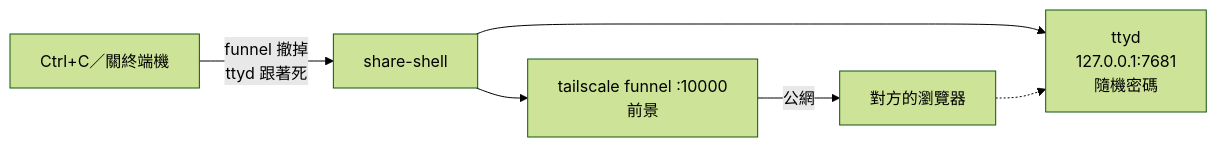
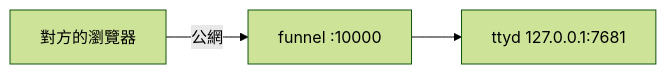
Before and after one commit to henry5720/dotfiles: the diagram in docs/share-with-guest.md, drawn with Mermaid (forest theme). The commit also changed other lines of this file and 2 other files, not shown here.

First line of the commit message:
docs: 照 #84 的表改 README、share-with-guest、ai-agent-setup 的圖

````diff
--- a/docs/share-with-guest.md
+++ b/docs/share-with-guest.md
@@ -65,8 +47,4 @@
 ```mermaid
 flowchart LR
-  S["share-shell"] --> T["ttyd<br/>127.0.0.1:7681<br/>隨機密碼"]
-  S --> F["tailscale funnel :10000<br/>前景"]
-  F -- 公網 --> G["對方的瀏覽器"]
-  G -.-> T
-  X["Ctrl+C／關終端機"] -- "funnel 撤掉<br/>ttyd 跟著死" --> S
+  G["對方的瀏覽器"] -- 公網 --> F["funnel :10000"] --> T["ttyd 127.0.0.1:7681"]
 ```
````
